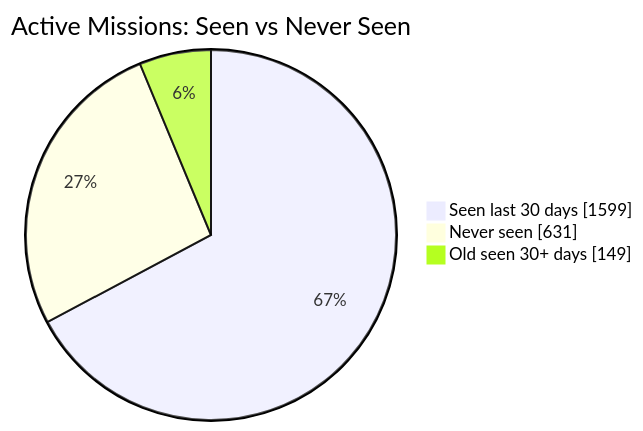
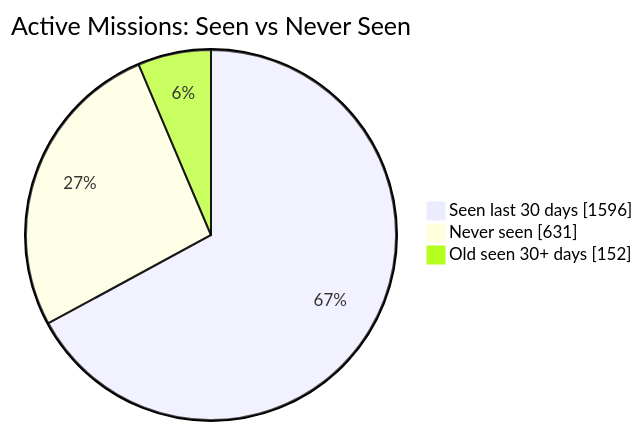
One commit to MeldkamerspelGameTeam/active-missions changed the first of 2 diagrams in README.md. Above: the diagram before and after it, drawn with Mermaid. The commit also changed other lines of this file and 3 other files, not shown here.

````diff
--- a/README.md
+++ b/README.md
@@ -34,7 +34,7 @@
 ```mermaid
 pie showData
     title Active Missions: Seen vs Never Seen
-    "Seen last 30 days" : 1599
+    "Seen last 30 days" : 1596
     "Never seen" : 631
-    "Old seen 30+ days" : 149
+    "Old seen 30+ days" : 152
 ```
````
